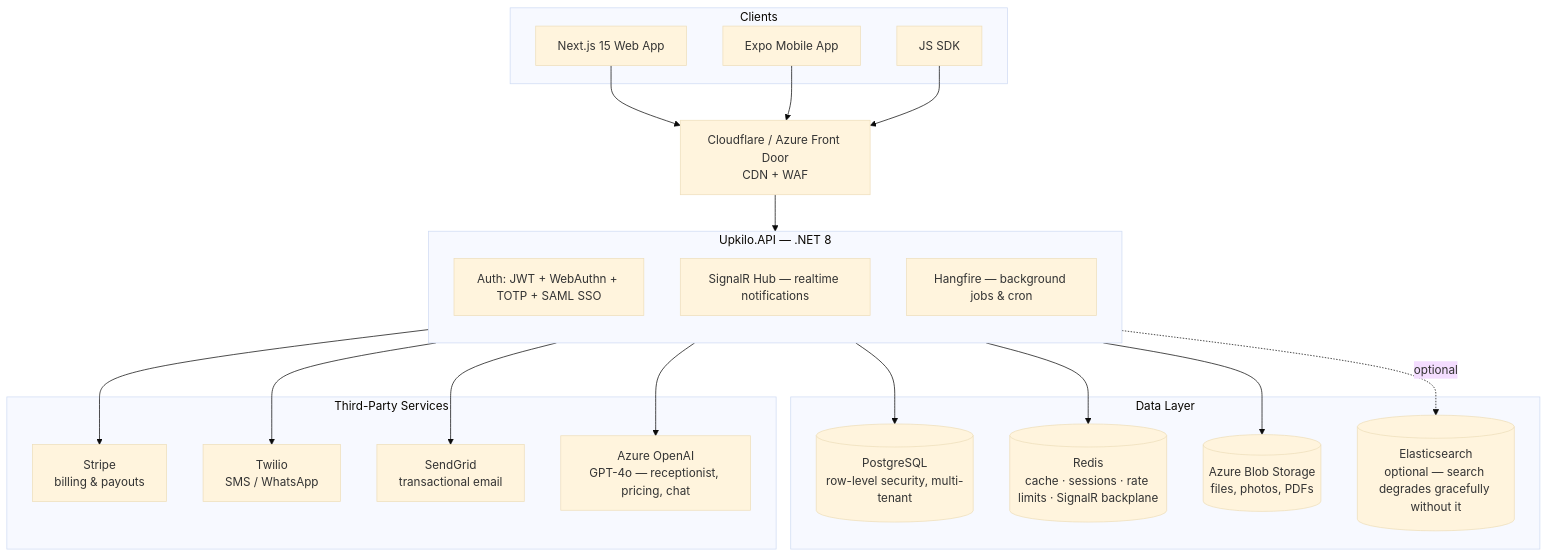
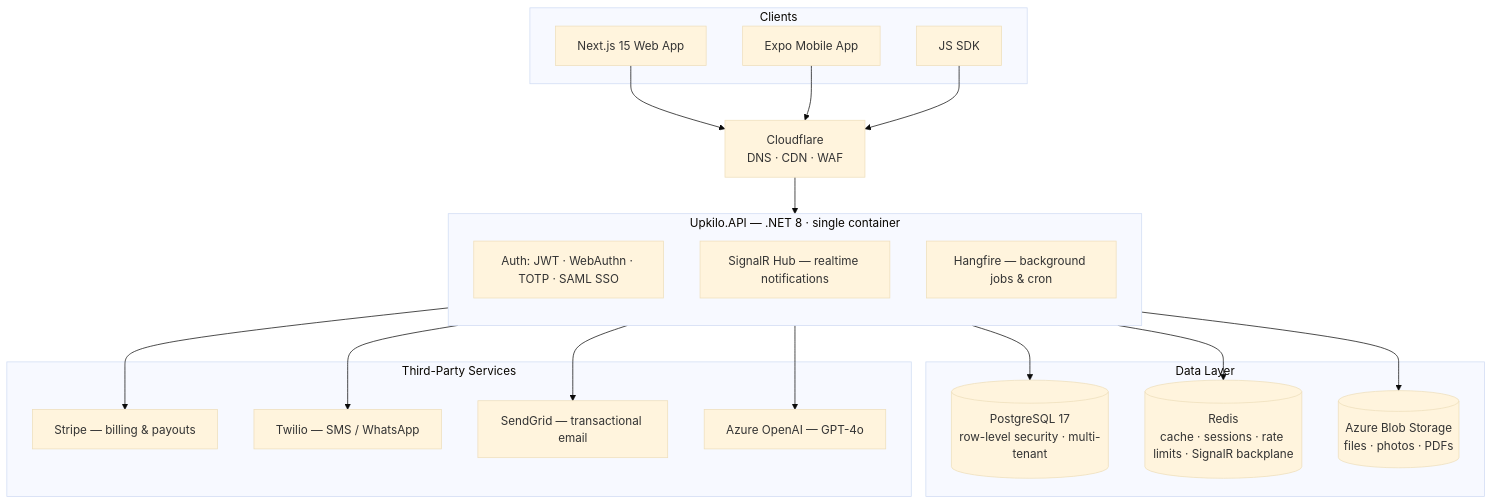
Before and after one commit to ramrajebakle/upkilo: the diagram in README.md, drawn with Mermaid (base theme). The commit also changed other lines of this file, not shown here.

Commit message:
feat: consolidate pricing; docs: rewrite README

````diff
--- a/README.md
+++ b/README.md
@@ -16,43 +29,41 @@
 ```mermaid
 flowchart TB
     subgraph Clients["Clients"]
         Web["Next.js 15 Web App"]
         Mobile["Expo Mobile App"]
         SDK["JS SDK"]
     end
 
-    CDN["Cloudflare / Azure Front Door<br/>CDN + WAF"]
+    CF["Cloudflare<br/>DNS · CDN · WAF"]
 
-    subgraph Backend["Upkilo.API — .NET 8"]
+    subgraph Backend["Upkilo.API — .NET 8 · single container"]
         direction TB
-        AuthN["Auth: JWT + WebAuthn + TOTP + SAML SSO"]
+        AuthN["Auth: JWT · WebAuthn · TOTP · SAML SSO"]
         RT["SignalR Hub — realtime notifications"]
         Jobs["Hangfire — background jobs & cron"]
     end
 
     subgraph Data["Data Layer"]
-        PG[("PostgreSQL<br/>row-level security, multi-tenant")]
+        PG[("PostgreSQL 17<br/>row-level security · multi-tenant")]
         Redis[("Redis<br/>cache · sessions · rate limits · SignalR backplane")]
-        Blob[("Azure Blob Storage<br/>files, photos, PDFs")]
-        ES[("Elasticsearch<br/>optional — search degrades gracefully without it")]
+        Blob[("Azure Blob Storage<br/>files · photos · PDFs")]
     end
 
     subgraph External["Third-Party Services"]
-        Stripe["Stripe<br/>billing & payouts"]
-        Twilio["Twilio<br/>SMS / WhatsApp"]
-        SendGrid["SendGrid<br/>transactional email"]
-        AOAI["Azure OpenAI<br/>GPT-4o — receptionist, pricing, chat"]
+        Stripe["Stripe — billing & payouts"]
+        Twilio["Twilio — SMS / WhatsApp"]
+        SendGrid["SendGrid — transactional email"]
+        AOAI["Azure OpenAI — GPT-4o"]
     end
 
-    Web --> CDN --> Backend
-    Mobile --> CDN
-    SDK --> CDN
+    Web --> CF --> Backend
+    Mobile --> CF
+    SDK --> CF
     Backend --> PG
     Backend --> Redis
     Backend --> Blob
-    Backend -.optional.-> ES
     Backend --> Stripe
     Backend --> Twilio
     Backend --> SendGrid
     Backend --> AOAI
 ```
````
